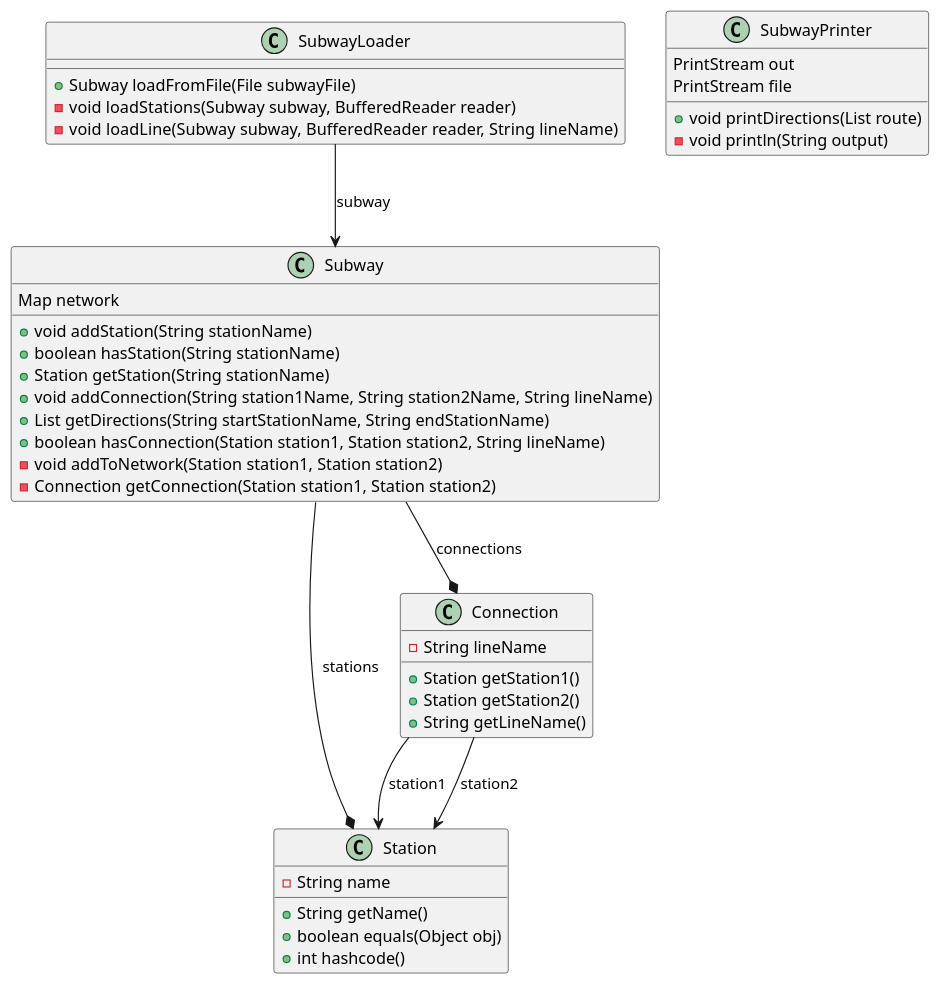
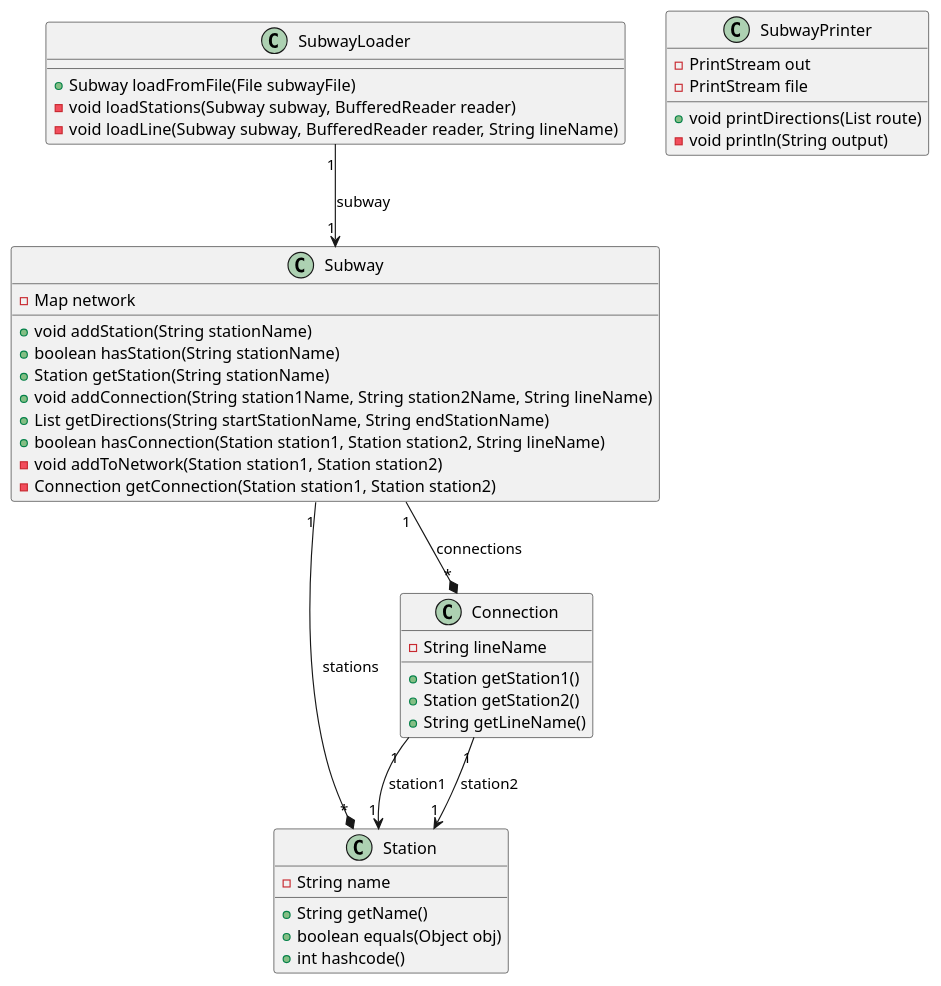
The diagram in RouteFinder/src/Diagrams/Class-Diagram.puml (adrientremblay/MontrealSubwayDemo), drawn with PlantUML before and after one commit.

Commit message:
add multiplicityies to class diagram

```diff
--- a/RouteFinder/src/Diagrams/Class-Diagram.puml
+++ b/RouteFinder/src/Diagrams/Class-Diagram.puml
@@ -1,49 +1,49 @@
 @startuml
 class Subway {
-    Map network
+    - Map network
     + void addStation(String stationName)
     + boolean hasStation(String stationName)
     + Station getStation(String stationName)
     + void addConnection(String station1Name, String station2Name, String lineName)
     + List getDirections(String startStationName, String endStationName)
     + boolean hasConnection(Station station1, Station station2, String lineName)
     - void addToNetwork(Station station1, Station station2)
     - Connection getConnection(Station station1, Station station2)
 }
 
 class Station {
     - String name
     + String getName()
     + boolean equals(Object obj)
     + int hashcode()
 }
 
 class SubwayLoader {
     + Subway loadFromFile(File subwayFile)
     - void loadStations(Subway subway, BufferedReader reader)
     - void loadLine(Subway subway, BufferedReader reader, String lineName)
 }
 
 class SubwayPrinter {
-    PrintStream out
-    PrintStream file
+    - PrintStream out
+    - PrintStream file
     + void printDirections(List route)
     - void println(String output)
 
 }
 
 class Connection {
     - String lineName
     + Station getStation1()
     + Station getStation2()
     + String getLineName()
 }
 
-SubwayLoader --> Subway: subway
+SubwayLoader "1" --> "1" Subway: subway
 
-Subway --* Station: stations
-Subway --* Connection: connections
+Subway "1" --* "*" Station: stations
+Subway "1" --* "*" Connection: connections
 
-Connection --> Station: station1
-Connection --> Station: station2
+Connection "1" --> "1" Station: station1
+Connection "1" --> "1" Station: station2
 @enduml
```
